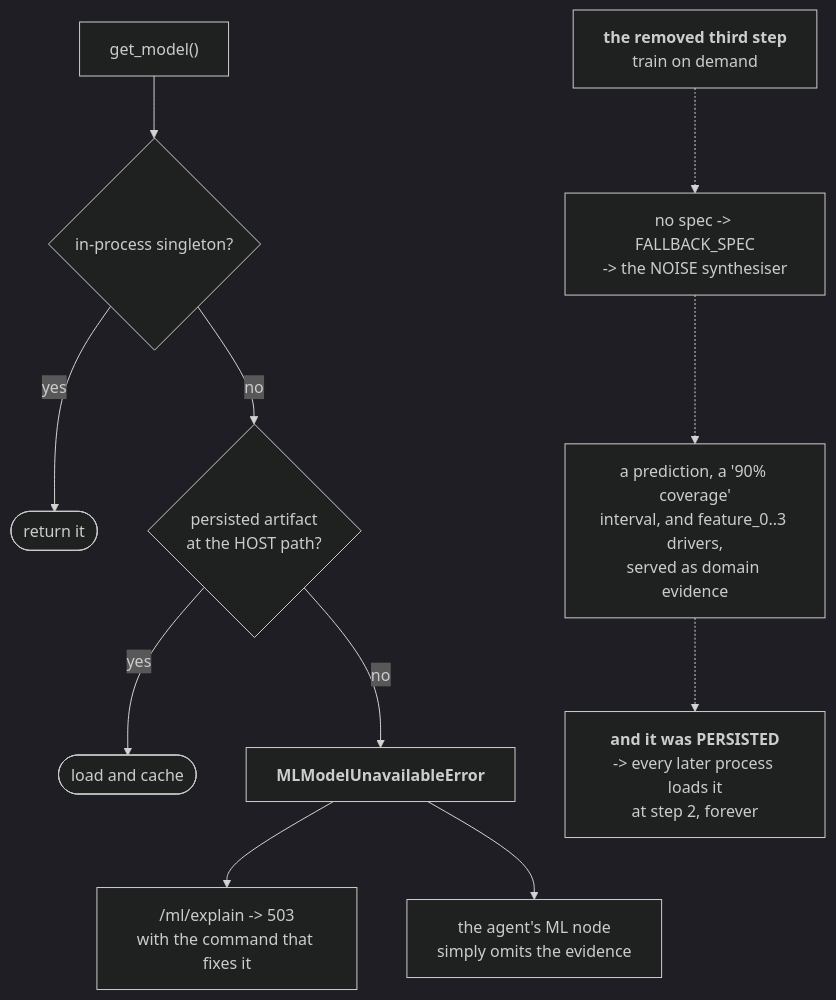
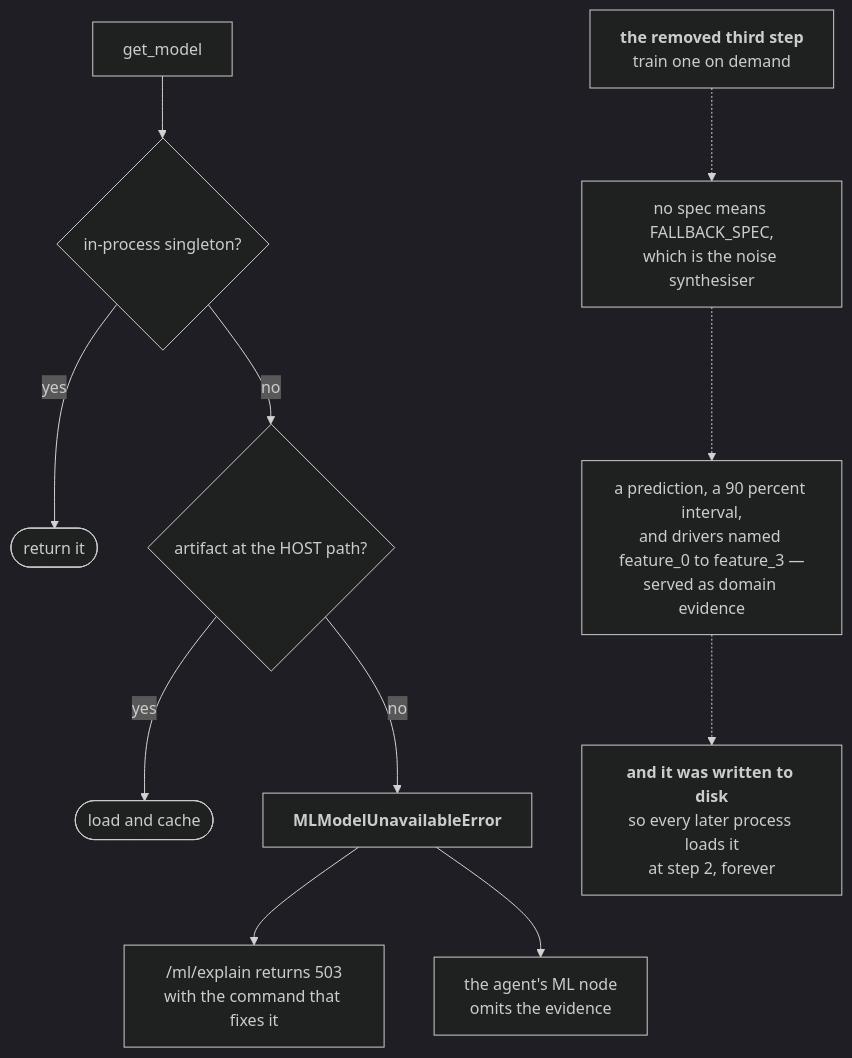
Before and after one commit to yrevash/aegis: the fifth of 5 diagrams in docs/teaching/ml/40-diagrams.md, drawn with Mermaid (dark theme). The commit also changed other lines of this file and 111 other files, not shown here.

````diff
--- a/docs/teaching/ml/40-diagrams.md
+++ b/docs/teaching/ml/40-diagrams.md
@@ -157,15 +149,15 @@
 ```mermaid
 flowchart TB
-    G["get_model()"] --> S1{"in-process singleton?"}
-    S1 -->|yes| R1([return it])
-    S1 -->|no| S2{"persisted artifact<br/>at the HOST path?"}
-    S2 -->|yes| R2([load and cache])
+    G["get_model"] --> S1{"in-process singleton?"}
+    S1 -->|yes| R1(["return it"])
+    S1 -->|no| S2{"artifact at the HOST path?"}
+    S2 -->|yes| R2(["load and cache"])
     S2 -->|no| STOP["<b>MLModelUnavailableError</b>"]
 
-    STOP --> EP["/ml/explain -> 503<br/>with the command that fixes it"]
-    STOP --> AG["the agent's ML node<br/>simply omits the evidence"]
+    STOP --> EP["/ml/explain returns 503<br/>with the command that fixes it"]
+    STOP --> AG["the agent's ML node<br/>omits the evidence"]
 
-    OLD["<b>the removed third step</b><br/>train on demand"] -.-> NOISE["no spec -> FALLBACK_SPEC<br/>-> the NOISE synthesiser"]
-    NOISE -.-> SERVED["a prediction, a '90% coverage'<br/>interval, and feature_0..3 drivers,<br/>served as domain evidence"]
-    SERVED -.-> PERSIST["<b>and it was PERSISTED</b><br/>-> every later process loads it<br/>at step 2, forever"]
+    OLD["<b>the removed third step</b><br/>train one on demand"] -.-> NOISE["no spec means FALLBACK_SPEC,<br/>which is the noise synthesiser"]
+    NOISE -.-> SERVED["a prediction, a 90 percent interval,<br/>and drivers named feature_0 to feature_3 —<br/>served as domain evidence"]
+    SERVED -.-> PERSIST["<b>and it was written to disk</b><br/>so every later process loads it<br/>at step 2, forever"]
 ```
````
